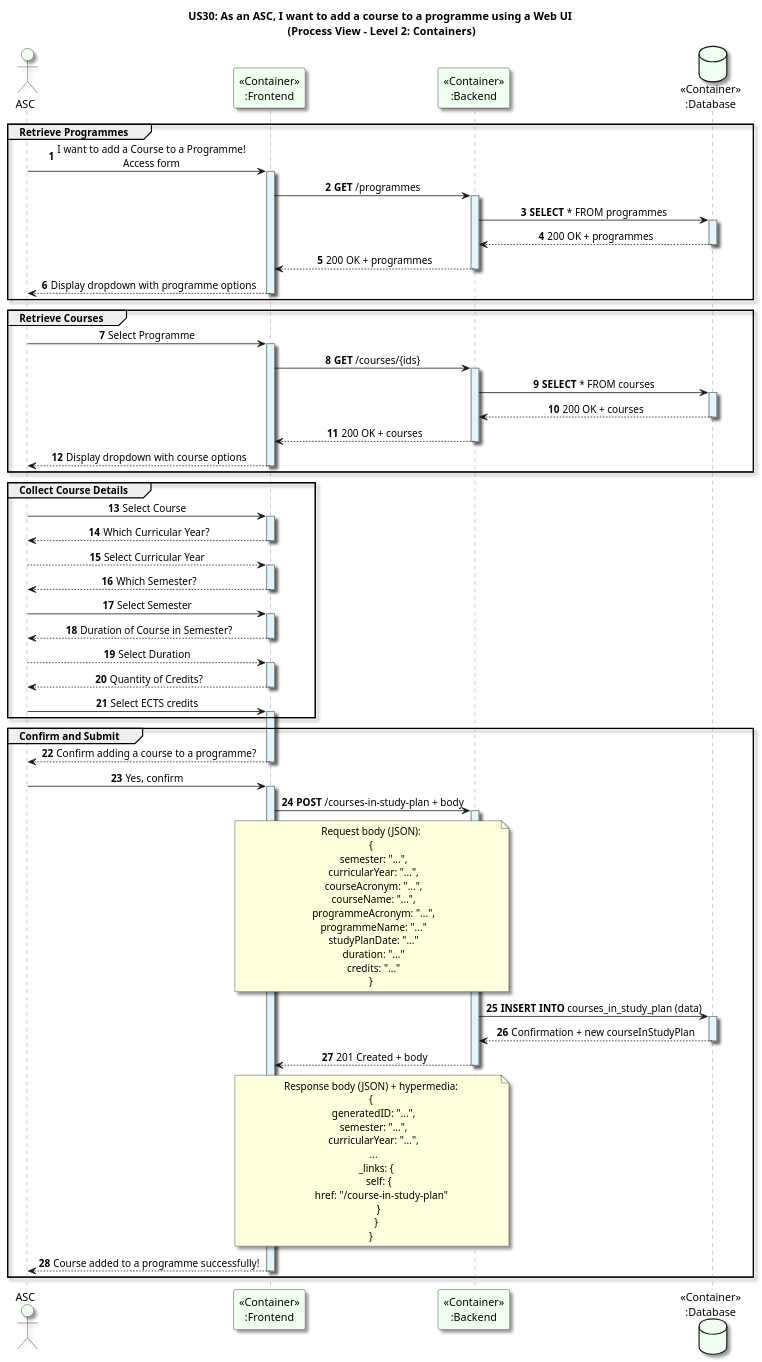
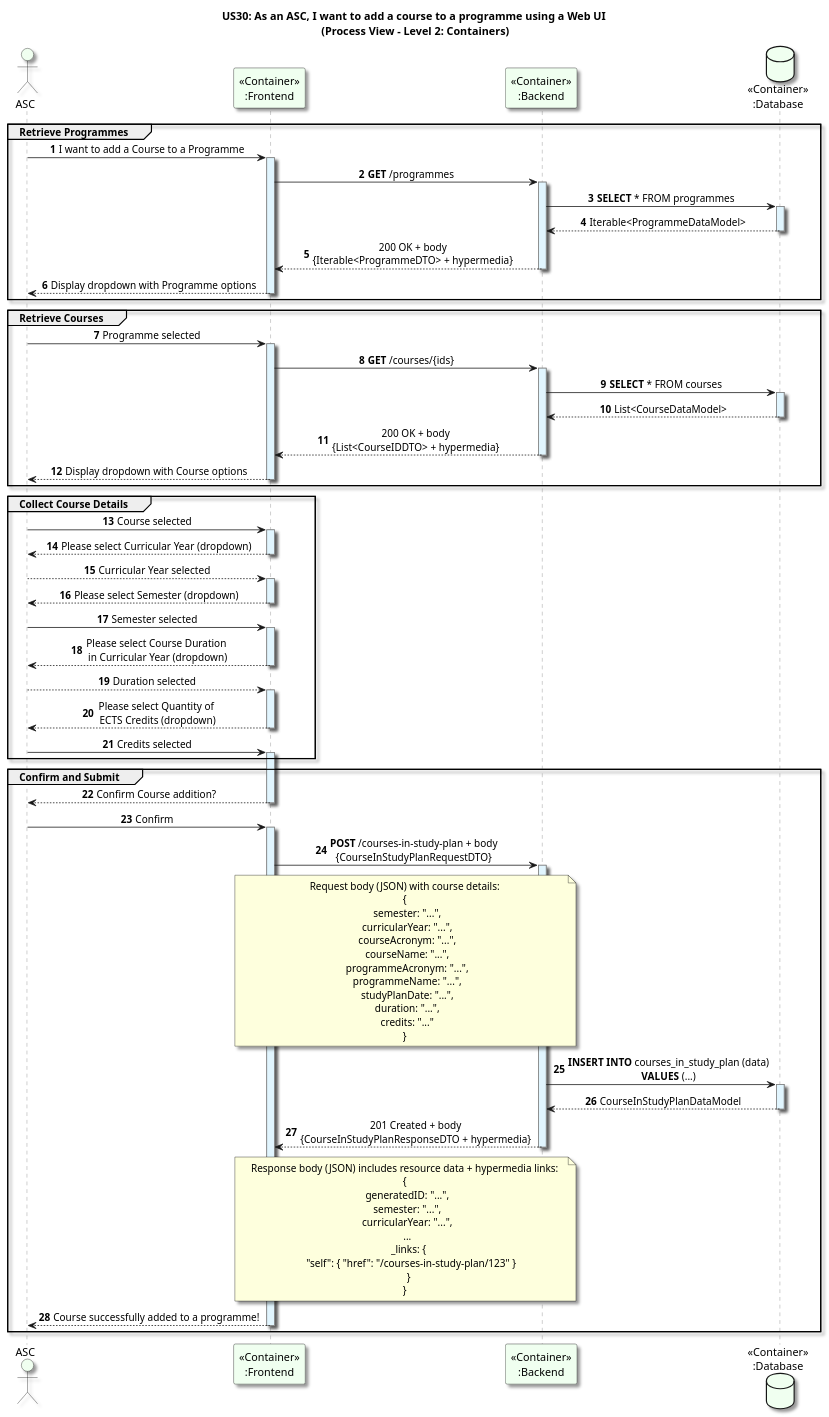
The diagram in docs/US30/Sprint_7/ProcessView/AddCourseToAProgramme_ProcessView_Level2.puml (GasparISEP/DevOps-PAI), drawn with PlantUML before and after one commit.

Commit message:
docs(addCourseToAProgramme): refine Level 2 process view diagram to reflect accurate HTTP methods, request/response bodies, hypermedia links, dropdown-based inputs, and visually group related interactions to improve clarity (refs: #701, #705)

```diff
--- a/docs/US30/Sprint_7/ProcessView/AddCourseToAProgramme_ProcessView_Level2.puml
+++ b/docs/US30/Sprint_7/ProcessView/AddCourseToAProgramme_ProcessView_Level2.puml
@@ -1,122 +1,120 @@
 @startuml
 title US30: As an ASC, I want to add a course to a programme using a Web UI\n (Process View - Level 2: Containers)
 autonumber
 
 skinparam {
   ActivityPadding 2
   ActivityMargin 2
   BoxPadding 2
 }
 skinparam sequence {
     LifeLineBorderColor Grey
     LifeLineBackgroundColor #E1F5FE
 }
 skinparam defaultTextAlignment center
 skinparam shadowing true
 
 actor ASC  #honeydew
 participant "<<Container>>\n:Frontend" as Frontend #honeydew
 participant "<<Container>>\n:Backend" as Backend #honeydew
 database "<<Container>>\n:Database" as Database #honeydew
 
 group Retrieve Programmes
-ASC -> Frontend: I want to add a Course to a Programme!\nAccess form
+ASC -> Frontend: I want to add a Course to a Programme
 activate Frontend
 
 Frontend -> Backend: **GET** /programmes
 activate Backend
 Backend -> Database: **SELECT** * FROM programmes
 activate Database
-Database --> Backend: 200 OK + programmes
+Database --> Backend: Iterable<ProgrammeDataModel>
 deactivate Database
-Backend --> Frontend: 200 OK + programmes
+Backend --> Frontend: 200 OK + body\n{Iterable<ProgrammeDTO> + hypermedia}
 deactivate Backend
-Frontend --> ASC: Display dropdown with programme options
+Frontend --> ASC: Display dropdown with Programme options
 deactivate Frontend
 end
 
 group Retrieve Courses
-ASC -> Frontend: Select Programme
+ASC -> Frontend: Programme selected
 activate Frontend
 Frontend -> Backend: **GET** /courses/{ids}
 activate Backend
 Backend -> Database: **SELECT** * FROM courses
 activate Database
-Database --> Backend: 200 OK + courses
+Database --> Backend: List<CourseDataModel>
 deactivate Database
-Backend --> Frontend: 200 OK + courses
+Backend --> Frontend: 200 OK + body\n{List<CourseIDDTO> + hypermedia}
 deactivate Backend
-Frontend --> ASC: Display dropdown with course options
+Frontend --> ASC: Display dropdown with Course options
 deactivate Frontend
 end
 
 group Collect Course Details
-ASC -> Frontend: Select Course
+ASC -> Frontend: Course selected
 activate Frontend
-Frontend --> ASC: Which Curricular Year?
+Frontend --> ASC: Please select Curricular Year (dropdown)
 deactivate Frontend
 
-ASC --> Frontend: Select Curricular Year
+ASC --> Frontend: Curricular Year selected
 activate Frontend
-Frontend --> ASC: Which Semester?
+Frontend --> ASC: Please select Semester (dropdown)
 deactivate Frontend
 
-ASC -> Frontend: Select Semester
+ASC -> Frontend: Semester selected
 activate Frontend
-Frontend --> ASC: Duration of Course in Semester?
+Frontend --> ASC: Please select Course Duration\n in Curricular Year (dropdown)
 deactivate Frontend
 
-ASC --> Frontend: Select Duration
+ASC --> Frontend: Duration selected
 activate Frontend
-Frontend --> ASC: Quantity of Credits?
+Frontend --> ASC: Please select Quantity of\n ECTS Credits (dropdown)
 deactivate Frontend
 
-ASC -> Frontend: Select ECTS credits
+ASC -> Frontend: Credits selected
 activate Frontend
 end
 
 group Confirm and Submit
-Frontend --> ASC: Confirm adding a course to a programme?
+Frontend --> ASC: Confirm Course addition?
 deactivate Frontend
-ASC -> Frontend: Yes, confirm
+ASC -> Frontend: Confirm
 activate Frontend
-Frontend -> Backend: **POST** /courses-in-study-plan + body
+Frontend -> Backend: **POST** /courses-in-study-plan + body\n{CourseInStudyPlanRequestDTO}
 note over Frontend, Backend
-Request body (JSON):
+Request body (JSON) with course details:
 {
   semester: "...",
   curricularYear: "...",
   courseAcronym: "...",
   courseName: "...",
   programmeAcronym: "...",
-  programmeName: "..."
-  studyPlanDate: "..."
-  duration: "..."
+  programmeName: "...",
+  studyPlanDate: "...",
+  duration: "...",
   credits: "..."
 }
 end note
 activate Backend
-Backend -> Database: **INSERT INTO** courses_in_study_plan (data)
+Backend -> Database: **INSERT INTO** courses_in_study_plan (data)\n**VALUES** (...)
 activate Database
-Database --> Backend: Confirmation + new courseInStudyPlan
+Database --> Backend: CourseInStudyPlanDataModel
 deactivate Database
-Backend --> Frontend: 201 Created + body
+Backend --> Frontend: 201 Created + body\n{CourseInStudyPlanResponseDTO + hypermedia}
 note over Backend, Frontend
-Response body (JSON) + hypermedia:
+Response body (JSON) includes resource data + hypermedia links:
 {
   generatedID: "...",
   semester: "...",
   curricularYear: "...",
   ...
-    _links: {
-      self: {
-        href: "/course-in-study-plan"
-      }
-    }
+   _links: {
+     "self": { "href": "/courses-in-study-plan/123" }
+   }
 }
 end note
 deactivate Backend
-Frontend --> ASC: Course added to a programme successfully!
+Frontend --> ASC: Course successfully added to a programme!
 deactivate Frontend
 end
 @enduml
```
